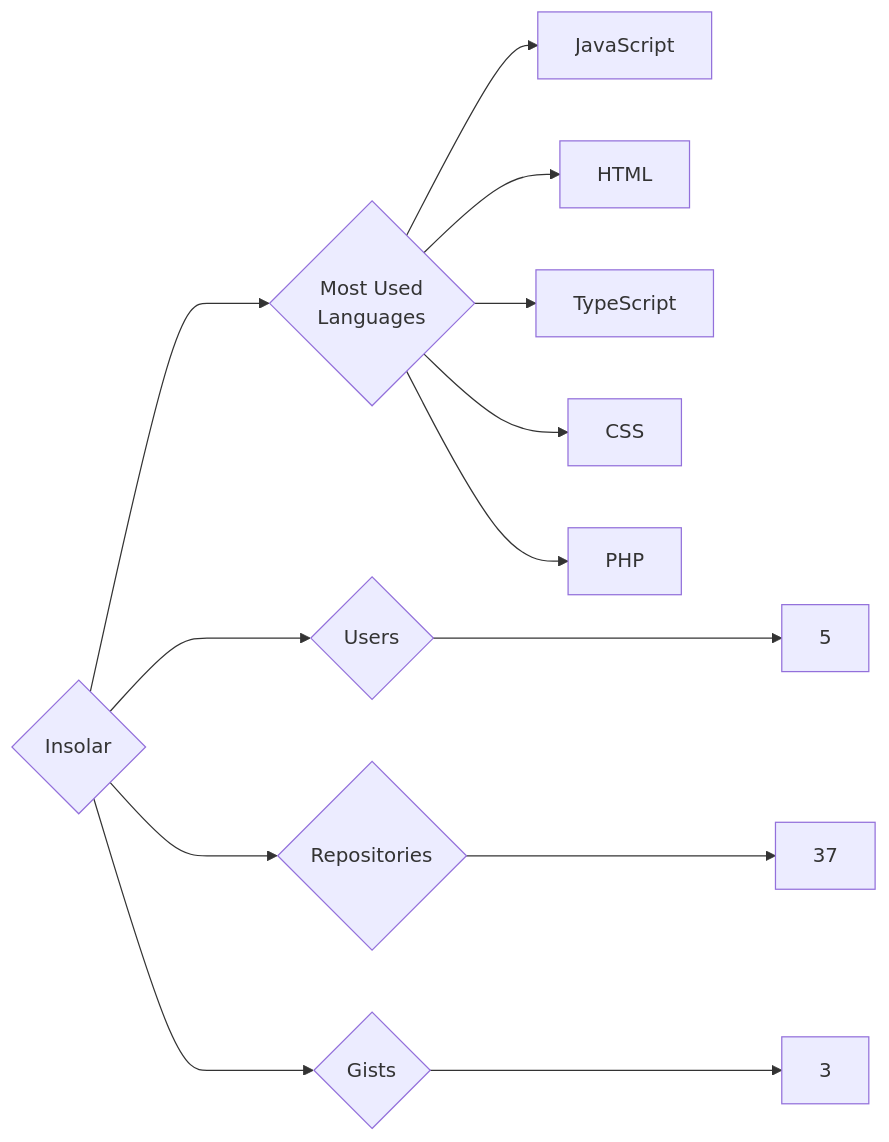
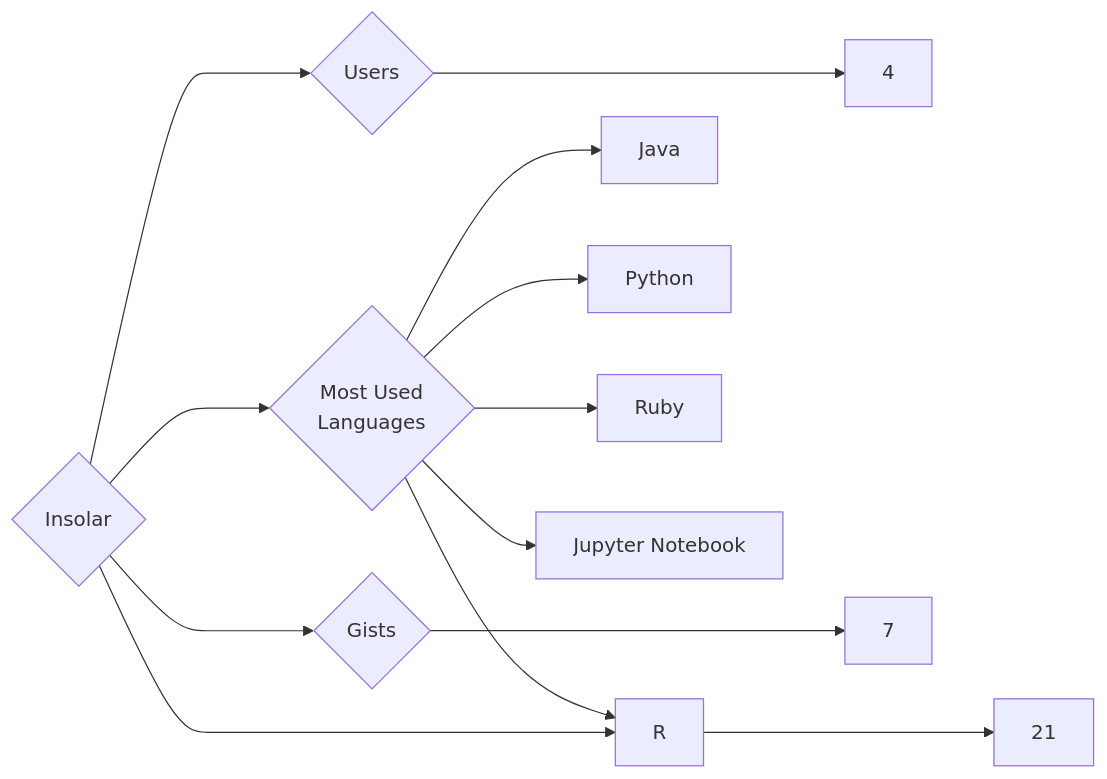
The diagram in targets/Insolar/README.md (trickest/insiders), drawn with Mermaid before and after one commit. The commit also changed 965 other files, not shown here.

````diff
--- a/targets/Insolar/README.md
+++ b/targets/Insolar/README.md
@@ -3,13 +3,13 @@
 ```mermaid
 graph LR
 COMPANY_NAME{Insolar}
-COMPANY_NAME ---> U{Users} ---> UN[5]
-COMPANY_NAME ---> R{Repositories} ---> RN[37]
-COMPANY_NAME ---> G{Gists} ---> GN[3]
+COMPANY_NAME ---> U{Users} ---> UN[4]
+COMPANY_NAME ---> R{Repositories} ---> RN[21]
+COMPANY_NAME ---> G{Gists} ---> GN[7]
 COMPANY_NAME ---> ML{Most Used<br>Languages}
-ML --> JavaScript[JavaScript]
-ML --> HTML[HTML]
-ML --> TypeScript[TypeScript]
-ML --> CSS[CSS]
-ML --> PHP[PHP]
+ML --> Java[Java]
+ML --> Python[Python]
+ML --> Ruby[Ruby]
+ML --> R[R]
+ML --> Jupyter_Notebook[Jupyter Notebook]
 ```
````
